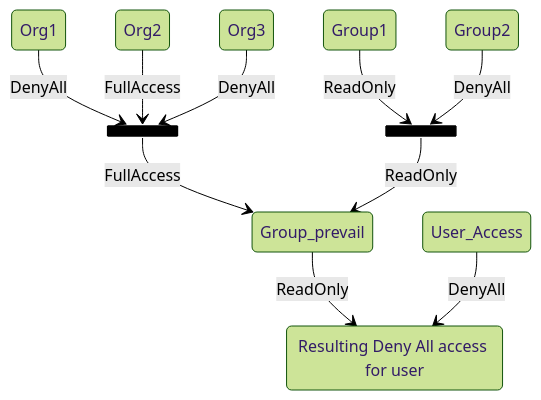
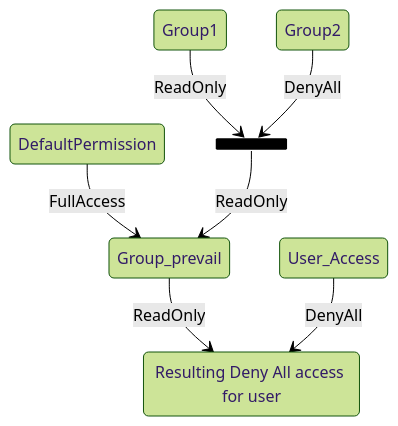
Before and after one commit to theguly/iris-doc-src: the first of 2 diagrams in docs/operations/access_control/index.md, drawn with Mermaid (forest theme). The commit also changed other lines of this file and 18 other files, not shown here.

````diff
--- a/docs/operations/access_control/index.md
+++ b/docs/operations/access_control/index.md
@@ -34,17 +32,13 @@
 ``` mermaid
 stateDiagram-v2
-    state join_orgs <<join>>
-    Org1 --> join_orgs: DenyAll
-    Org2 --> join_orgs: FullAccess
-    Org3 --> join_orgs: DenyAll
-    join_orgs --> Group_prevail: FullAccess
+    DefaultPermission --> Group_prevail: FullAccess
 
     state join_groups <<join>>
     Group1 --> join_groups: ReadOnly
     Group2 --> join_groups: DenyAll
     join_groups --> Group_prevail: ReadOnly
     Group_prevail --> Effective_DenyAll: ReadOnly 
     
     Effective_DenyAll: Resulting Deny All access for user
     User_Access --> Effective_DenyAll: DenyAll
 ```
````
